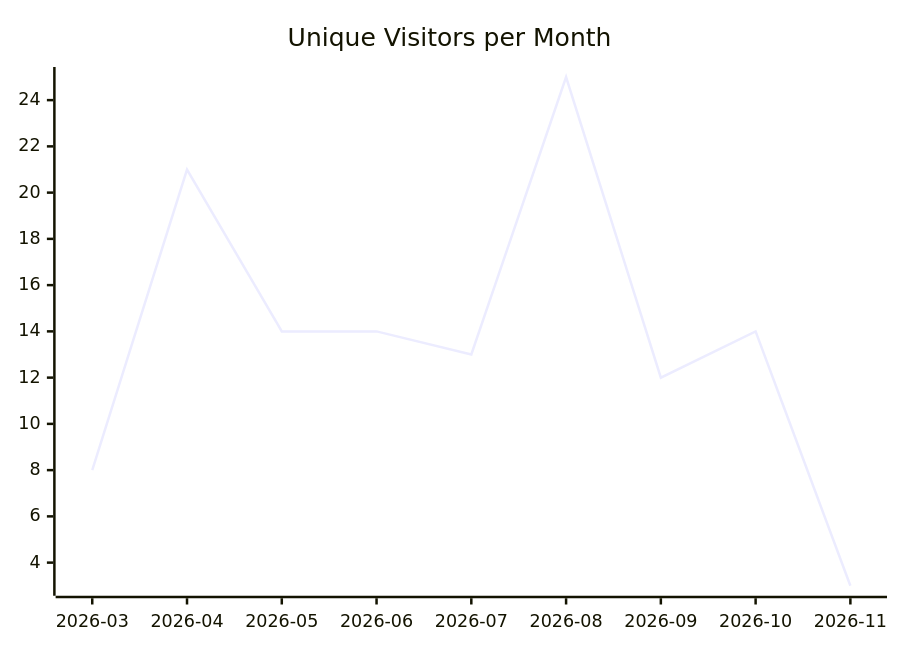
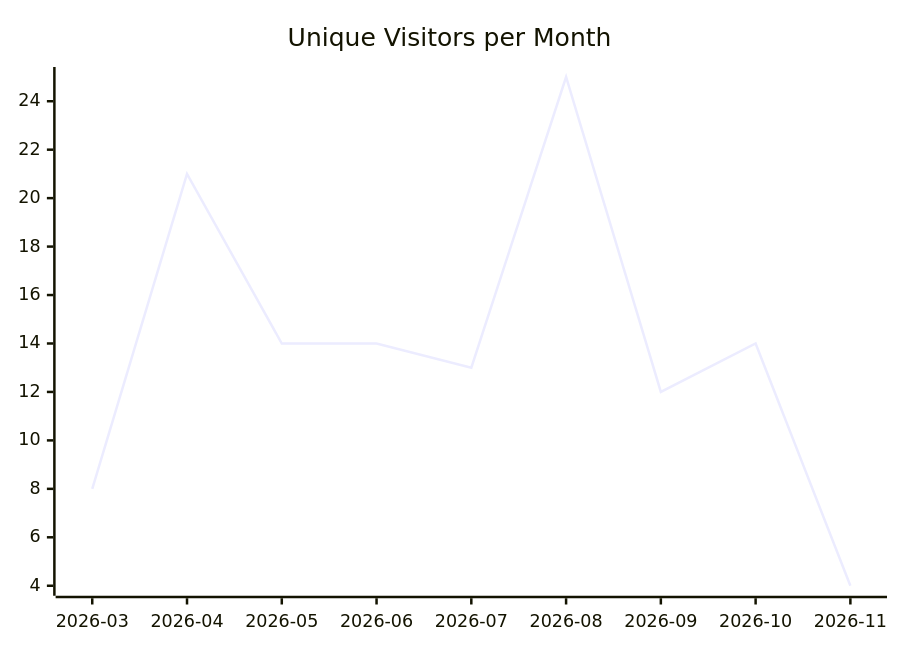
One commit to justdavis-family/github-analytics-data changed the first of 3 diagrams in karlmdavis/ksoap2-android/README.md. Above: the diagram before and after it, drawn with Mermaid. The commit also changed other lines of this file and 199 other files, not shown here.

````diff
--- a/karlmdavis/ksoap2-android/README.md
+++ b/karlmdavis/ksoap2-android/README.md
@@ -5,6 +5,6 @@
 ```mermaid
 xychart-beta
   title "Unique Visitors per Month"
   x-axis ["2026-03", "2026-04", "2026-05", "2026-06", "2026-07", "2026-08", "2026-09", "2026-10", "2026-11"]
-  line [8, 21, 14, 14, 13, 25, 12, 14, 3]
+  line [8, 21, 14, 14, 13, 25, 12, 14, 4]
 ```
````
